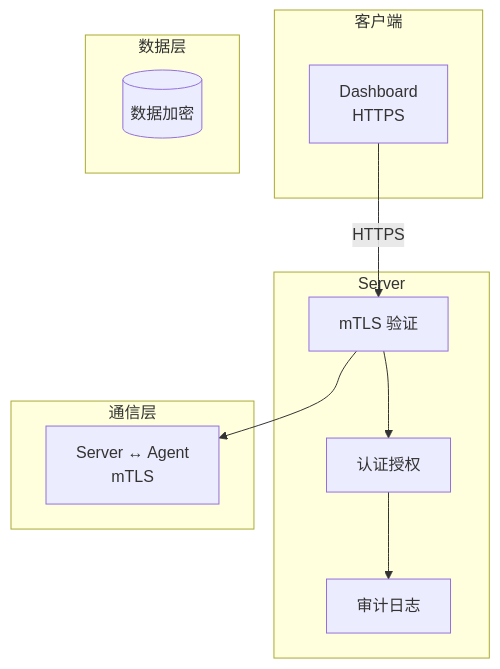
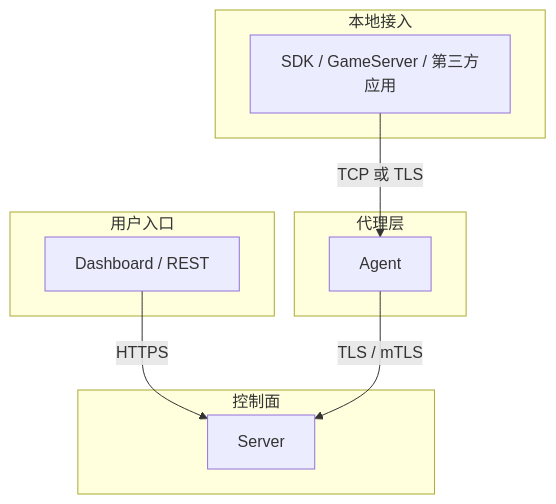
One commit to cuihairu/croupier changed the diagram in docs/guide/operations/security.md. Above: the diagram before and after it, drawn with Mermaid. The commit also changed other lines of this file and 63 other files, not shown here.

````diff
--- a/docs/guide/operations/security.md
+++ b/docs/guide/operations/security.md
@@ -23,25 +19,22 @@
 ```mermaid
 graph TB
-    subgraph "客户端"
-        UI[Dashboard<br/>HTTPS]
+    subgraph "用户入口"
+        UI[Dashboard / REST]
     end
 
-    subgraph "Server"
-        TLS[mTLS 验证]
-        Auth[认证授权]
-        Audit[审计日志]
+    subgraph "控制面"
+        Server[Server]
     end
 
-    subgraph "通信层"
-        mTLS[Server ↔ Agent<br/>mTLS]
+    subgraph "代理层"
+        Agent[Agent]
     end
 
-    subgraph "数据层"
-        Encrypt[(数据加密)]
+    subgraph "本地接入"
+        SDK[SDK / GameServer / 第三方应用]
     end
 
-    UI -->|HTTPS| TLS
-    TLS --> Auth
-    Auth --> Audit
-    TLS --> mTLS
+    UI -->|HTTPS| Server
+    Agent -->|TLS / mTLS| Server
+    SDK -->|TCP 或 TLS| Agent
 ```
````
